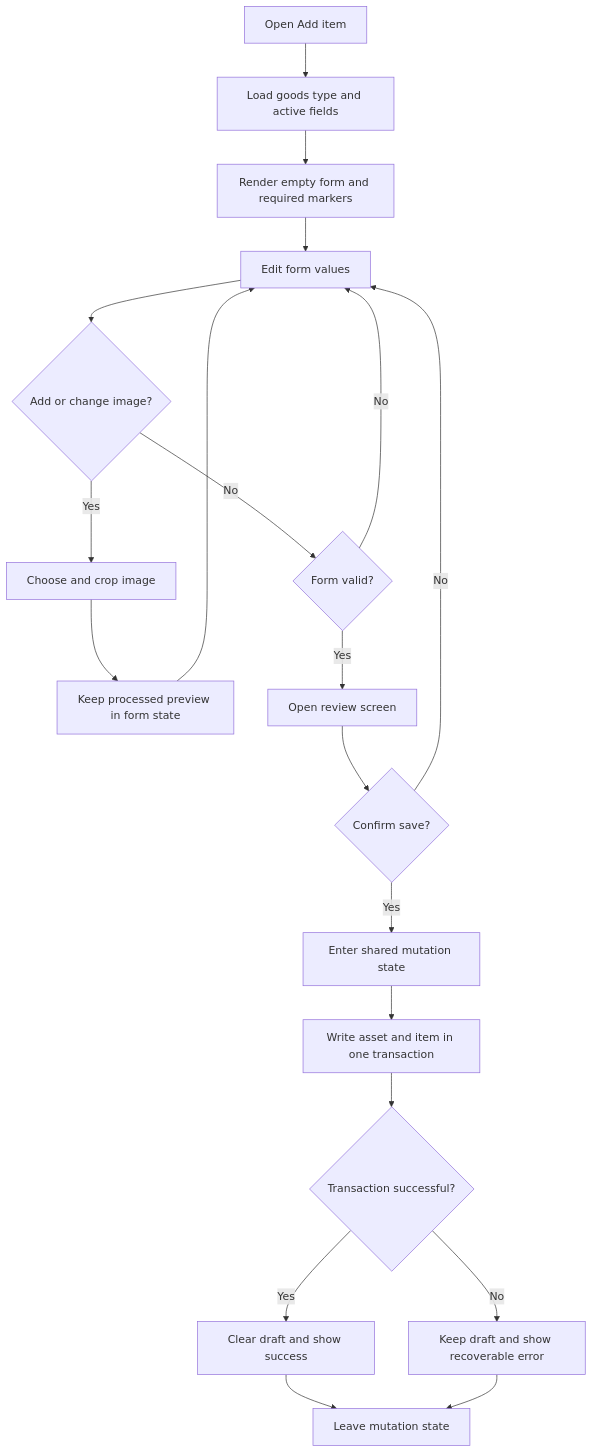
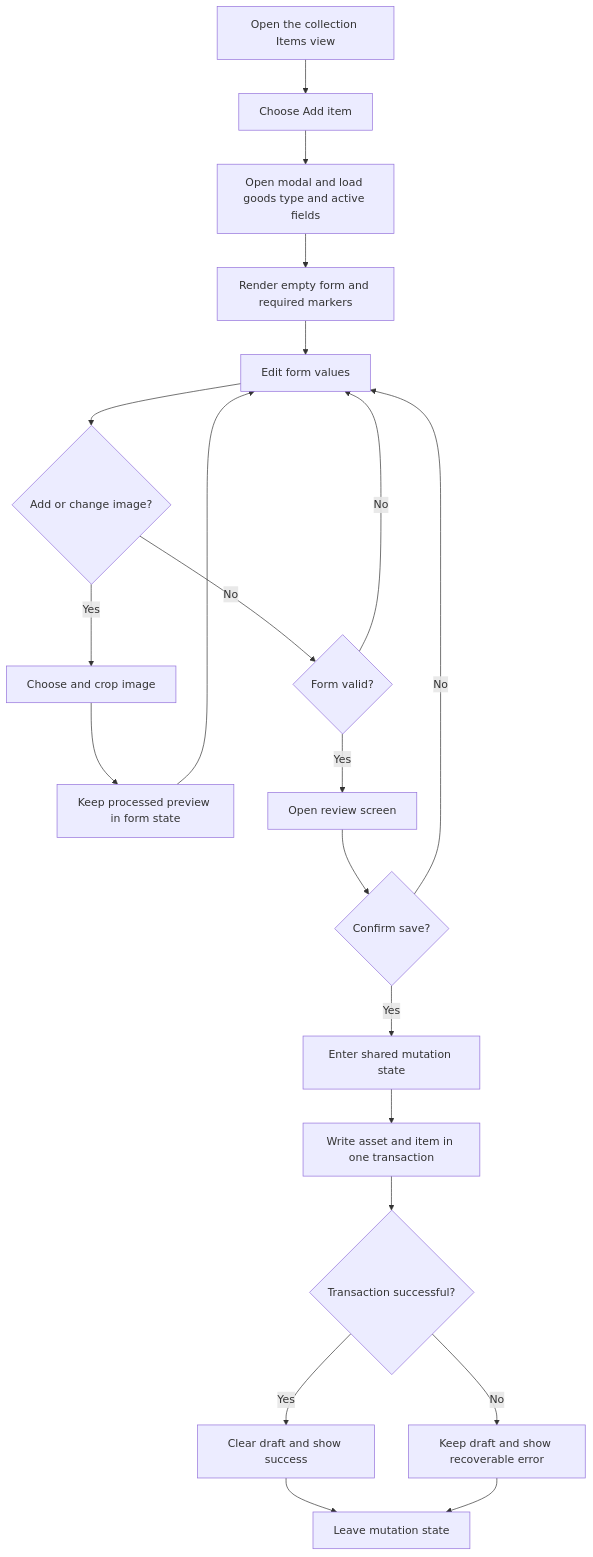
One commit to Uduru0522/wotagoods-manager changed the first of 3 diagrams in docs/workflows.md. Above: the diagram before and after it, drawn with Mermaid. The commit also changed other lines of this file and 6 other files, not shown here.

Commit message:
Prepare schema management milestone

````diff
--- a/docs/workflows.md
+++ b/docs/workflows.md
@@ -28,22 +29,23 @@
 ```mermaid
 graph TD
-  A["Open Add item"] --> B["Load goods type and active fields"]
-  B --> C["Render empty form and required markers"]
-  C --> D["Edit form values"]
-  D --> E{"Add or change image?"}
-  E -->|Yes| F["Choose and crop image"]
-  F --> G["Keep processed preview in form state"]
-  G --> D
-  E -->|No| H{"Form valid?"}
-  H -->|No| D
-  H -->|Yes| I["Open review screen"]
-  I --> J{"Confirm save?"}
-  J -->|No| D
-  J -->|Yes| K["Enter shared mutation state"]
-  K --> L["Write asset and item in one transaction"]
-  L --> M{"Transaction successful?"}
-  M -->|Yes| N["Clear draft and show success"]
-  M -->|No| O["Keep draft and show recoverable error"]
-  N --> P["Leave mutation state"]
-  O --> P
+  A["Open the collection Items view"] --> B["Choose Add item"]
+  B --> C["Open modal and load goods type and active fields"]
+  C --> D["Render empty form and required markers"]
+  D --> E["Edit form values"]
+  E --> F{"Add or change image?"}
+  F -->|Yes| G["Choose and crop image"]
+  G --> H["Keep processed preview in form state"]
+  H --> E
+  F -->|No| I{"Form valid?"}
+  I -->|No| E
+  I -->|Yes| J["Open review screen"]
+  J --> K{"Confirm save?"}
+  K -->|No| E
+  K -->|Yes| L["Enter shared mutation state"]
+  L --> M["Write asset and item in one transaction"]
+  M --> N{"Transaction successful?"}
+  N -->|Yes| O["Clear draft and show success"]
+  N -->|No| P["Keep draft and show recoverable error"]
+  O --> Q["Leave mutation state"]
+  P --> Q
 ```
````
